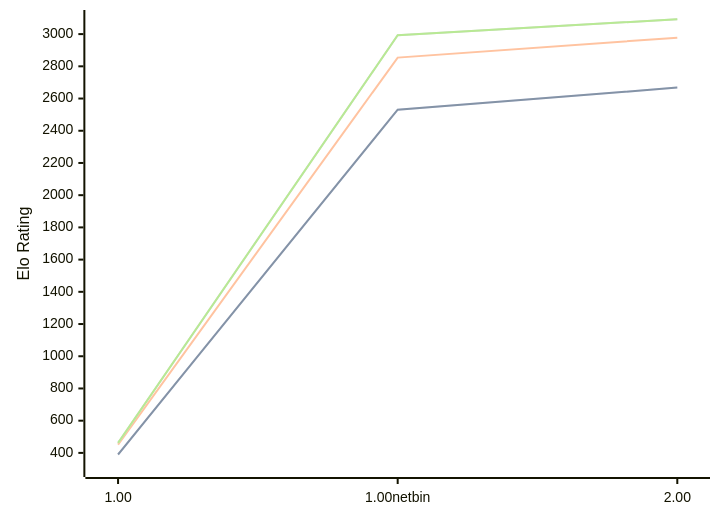
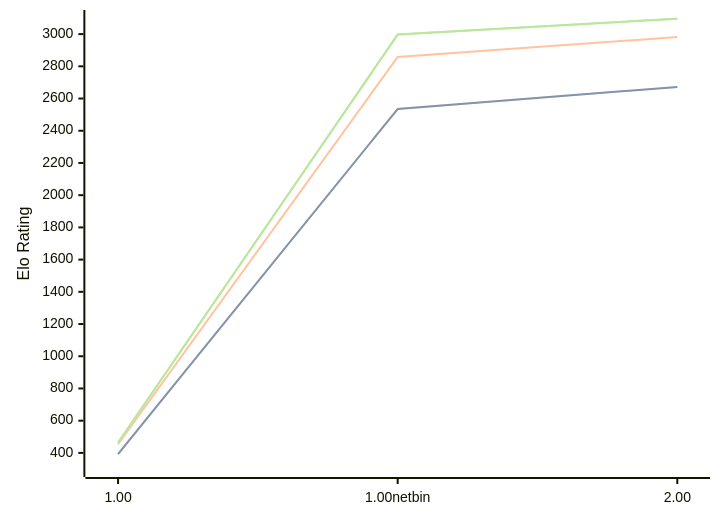
One commit to computer-chess-index/cci changed the diagram in engines/Gilipol.md. Above: the diagram before and after it, drawn with Mermaid. The commit also changed other lines of this file, not shown here.

Commit message:
Update CCI Ratings (ELO VLTC) - 2026-08-18

````diff
--- a/engines/Gilipol.md
+++ b/engines/Gilipol.md
@@ -33,11 +33,11 @@
 ```mermaid
 %%{init: {"theme":"base","themeVariables":{"seriesColors:['#a3a3a3','#222221','#faa371']}}}%%
 xychart-beta
   x-axis ["1.00", "1.00netbin", "2.00"]
   y-axis "Elo Rating" 300 --> 3100
-  line "STC (8.0+0.08s)" [390, 2531, 2668]
-  line "STC (8.0+0.08s)" [390, 2531, 2668]
-  line "LTC (60.0+0.60s)" [451, 2854, 2978]
-  line "VLTC (2m24s+1.12s)" [462, 2993, 3092]
-  line "VLTC (2m24s+1.12s)" [462, 2993, 3092]
+  line "STC (8.0+0.08s)" [393, 2535, 2672]
+  line "STC (8.0+0.08s)" [393, 2535, 2672]
+  line "LTC (60.0+0.60s)" [454, 2858, 2982]
+  line "VLTC (2m24s+1.12s)" [464, 2997, 3096]
+  line "VLTC (2m24s+1.12s)" [464, 2997, 3096]
 ```
````
